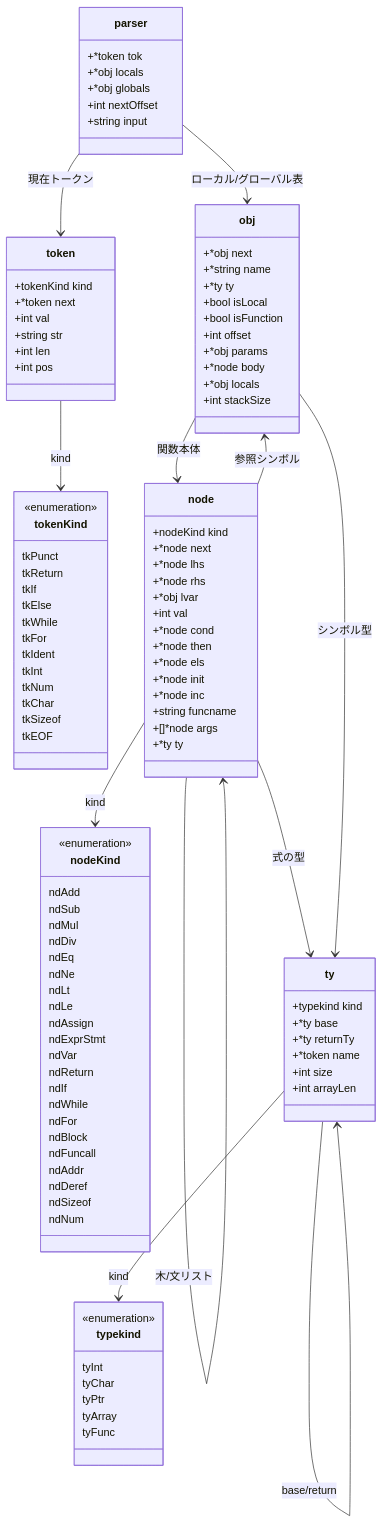
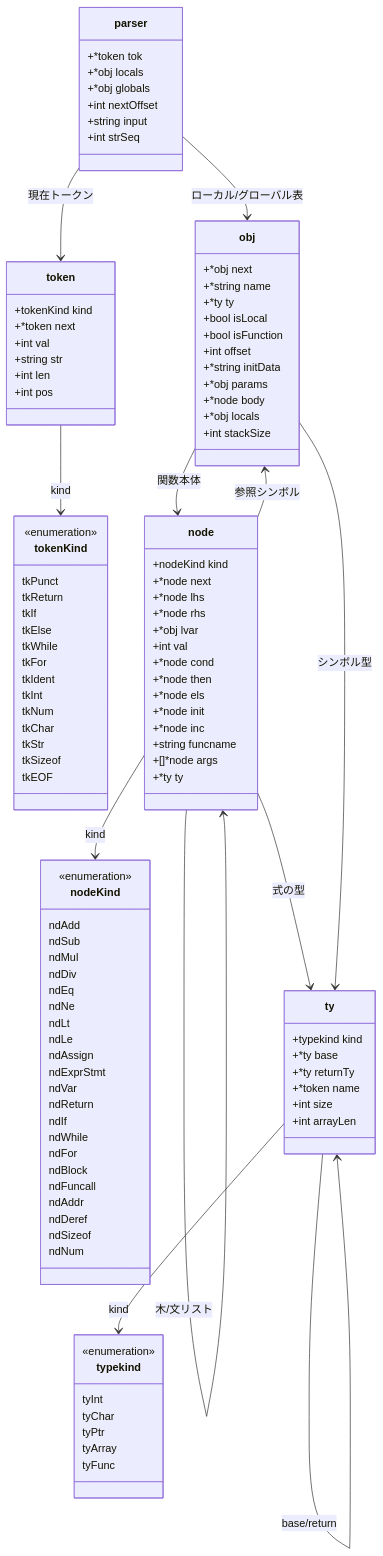
The second of 2 diagrams in ARCHITECTURE.md (repunit11/g9cc), drawn with Mermaid before and after one commit. The commit also changed other lines of this file, not shown here.

```diff
--- a/ARCHITECTURE.md
+++ b/ARCHITECTURE.md
@@ -47,6 +49,7 @@
     tkInt
     tkNum
     tkChar
+    tkStr
     tkSizeof
     tkEOF
   }
@@ -100,6 +103,7 @@
     +*obj globals
     +int nextOffset
     +string input
+    +int strSeq
   }
 
   class node {
@@ -126,6 +130,7 @@
     +bool isLocal
     +bool isFunction
     +int offset
+    +*string initData
     +*obj params
     +*node body
     +*obj locals
```
